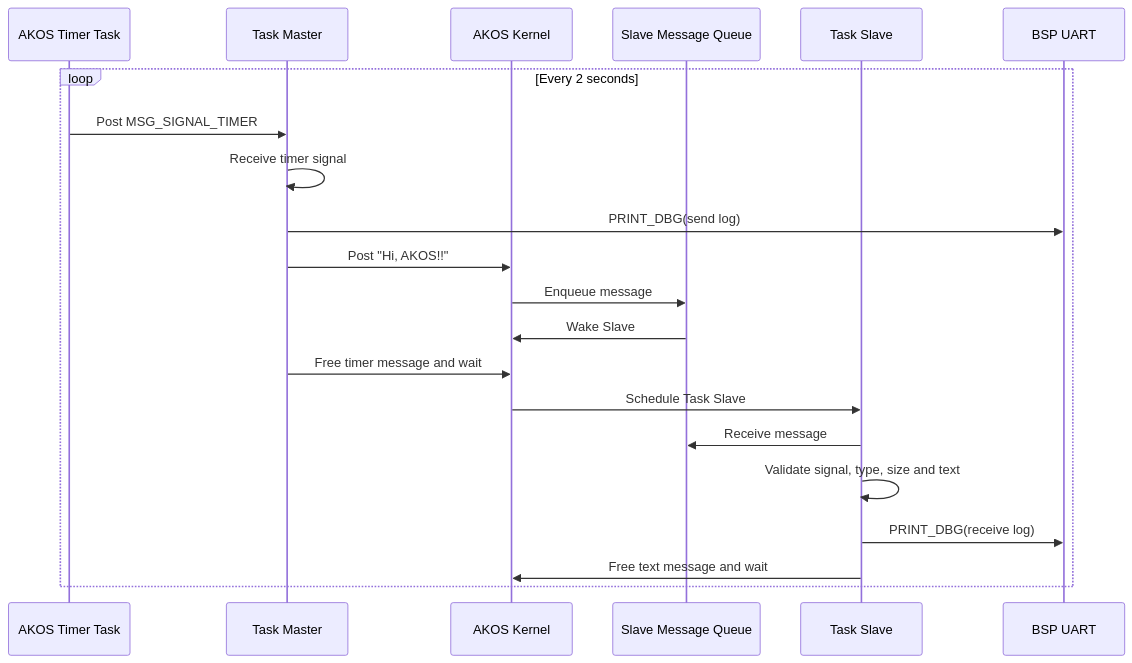
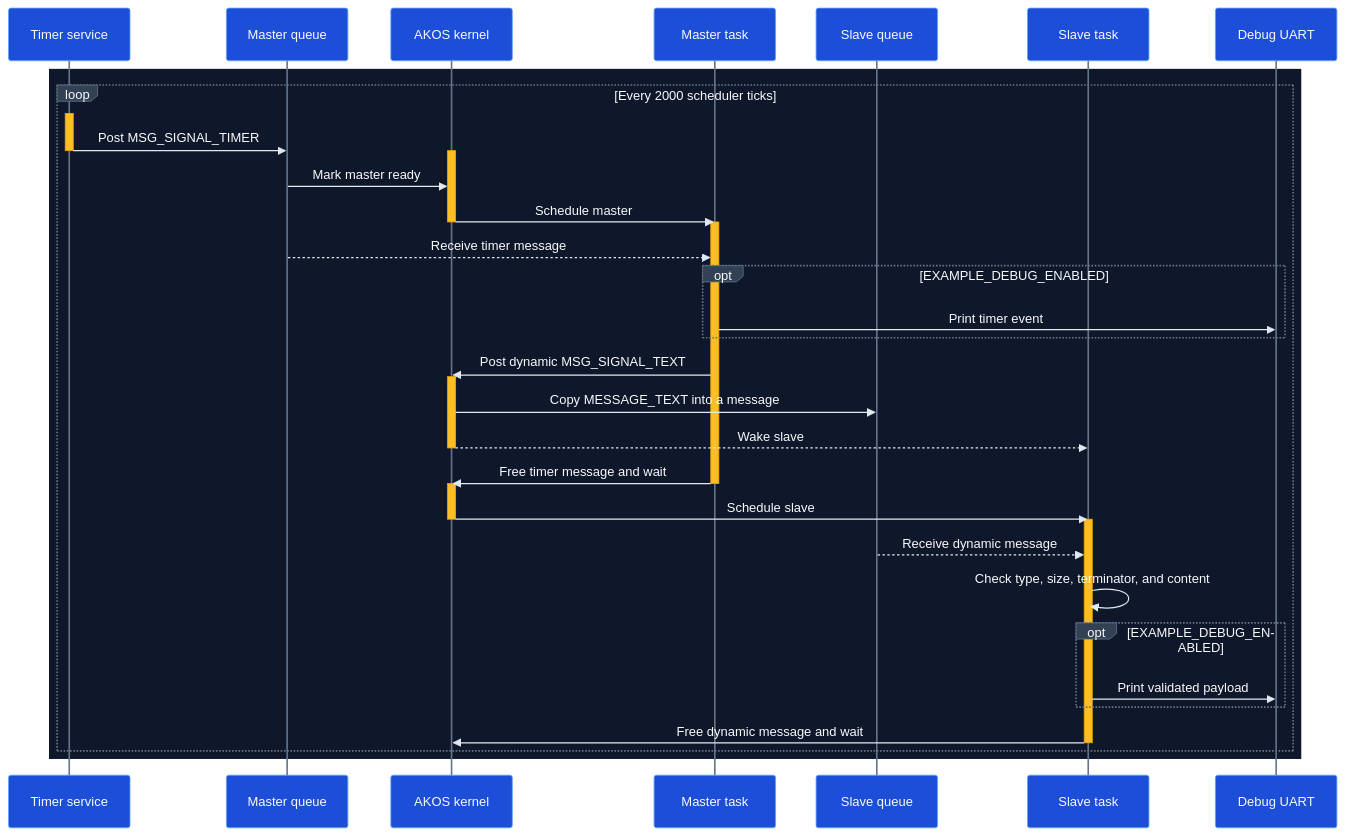
One commit to the-ak-foundation/akos changed the diagram in examples/message/README.md. Above: the diagram before and after it, drawn with Mermaid. The commit also changed other lines of this file and 7 other files, not shown here.

````diff
--- a/examples/message/README.md
+++ b/examples/message/README.md
@@ -13,24 +7,78 @@
 ```mermaid
+---
+config:
+  theme: base
+  themeVariables:
+    background: "#0f172a"
+    primaryColor: "#1d4ed8"
+    primaryTextColor: "#f8fafc"
+    primaryBorderColor: "#60a5fa"
+    lineColor: "#94a3b8"
+    secondaryColor: "#334155"
+    tertiaryColor: "#1e293b"
+    actorBkg: "#1d4ed8"
+    actorBorder: "#60a5fa"
+    actorTextColor: "#f8fafc"
+    actorLineColor: "#64748b"
+    signalColor: "#e2e8f0"
+    signalTextColor: "#f8fafc"
+    labelBoxBkgColor: "#334155"
+    labelBoxBorderColor: "#64748b"
+    labelTextColor: "#f8fafc"
+    loopTextColor: "#f8fafc"
+    noteBkgColor: "#422006"
+    noteBorderColor: "#fbbf24"
+    noteTextColor: "#fef3c7"
+    activationBkgColor: "#fbbf24"
+    activationBorderColor: "#f59e0b"
+---
 sequenceDiagram
-    participant Timer as AKOS Timer Task
-    participant Master as Task Master
-    participant Kernel as AKOS Kernel
-    participant Queue as Slave Message Queue
-    participant Slave as Task Slave
-    participant UART as BSP UART
+    participant Timer as Timer service
+    participant MQ as Master queue
+    participant Kernel as AKOS kernel
+    participant Master as Master task
+    participant SQ as Slave queue
+    participant Slave as Slave task
+    participant UART as Debug UART
 
-    loop Every 2 seconds
-        Timer->>Master: Post MSG_SIGNAL_TIMER
-        Master->>Master: Receive timer signal
-        Master->>UART: PRINT_DBG(send log)
-        Master->>Kernel: Post "Hi, AKOS!!"
-        Kernel->>Queue: Enqueue message
-        Queue->>Kernel: Wake Slave
-        Master->>Kernel: Free timer message and wait
-        Kernel->>Slave: Schedule Task Slave
-        Slave->>Queue: Receive message
-        Slave->>Slave: Validate signal, type, size and text
-        Slave->>UART: PRINT_DBG(receive log)
-        Slave->>Kernel: Free text message and wait
+    rect rgb(15, 23, 42)
+        loop Every 2000 scheduler ticks
+            activate Timer
+            Timer->>MQ: Post MSG_SIGNAL_TIMER
+            deactivate Timer
+
+            activate Kernel
+            MQ->>Kernel: Mark master ready
+            Kernel->>Master: Schedule master
+            deactivate Kernel
+
+            activate Master
+            MQ-->>Master: Receive timer message
+            opt EXAMPLE_DEBUG_ENABLED
+                Master->>UART: Print timer event
+            end
+            Master->>Kernel: Post dynamic MSG_SIGNAL_TEXT
+
+            activate Kernel
+            Kernel->>SQ: Copy MESSAGE_TEXT into a message
+            Kernel-->>Slave: Wake slave
+            deactivate Kernel
+
+            Master->>Kernel: Free timer message and wait
+            deactivate Master
+
+            activate Kernel
+            Kernel->>Slave: Schedule slave
+            deactivate Kernel
+
+            activate Slave
+            SQ-->>Slave: Receive dynamic message
+            Slave->>Slave: Check type, size, terminator, and content
+            opt EXAMPLE_DEBUG_ENABLED
+                Slave->>UART: Print validated payload
+            end
+            Slave->>Kernel: Free dynamic message and wait
+            deactivate Slave
+        end
     end
 ```
````
